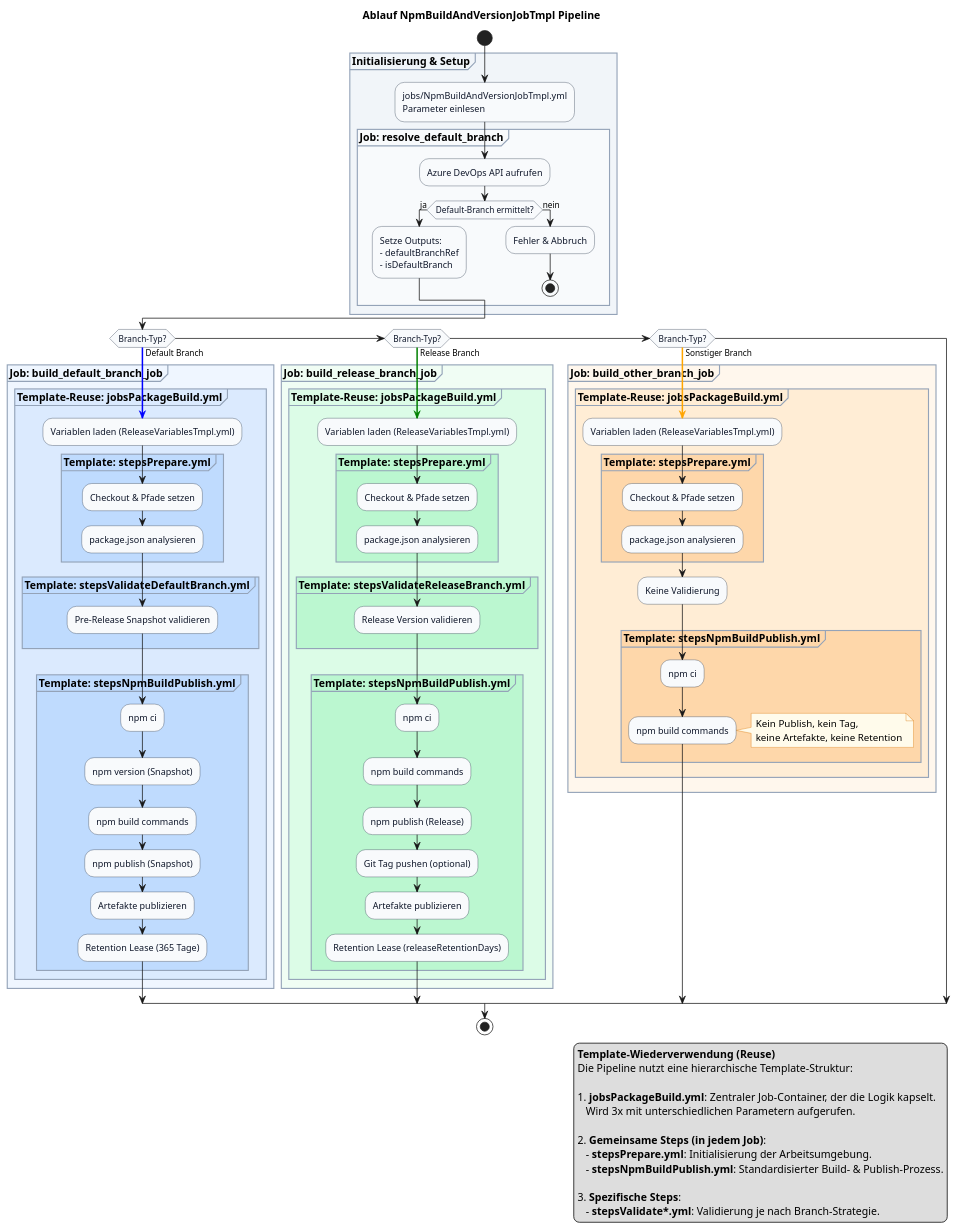
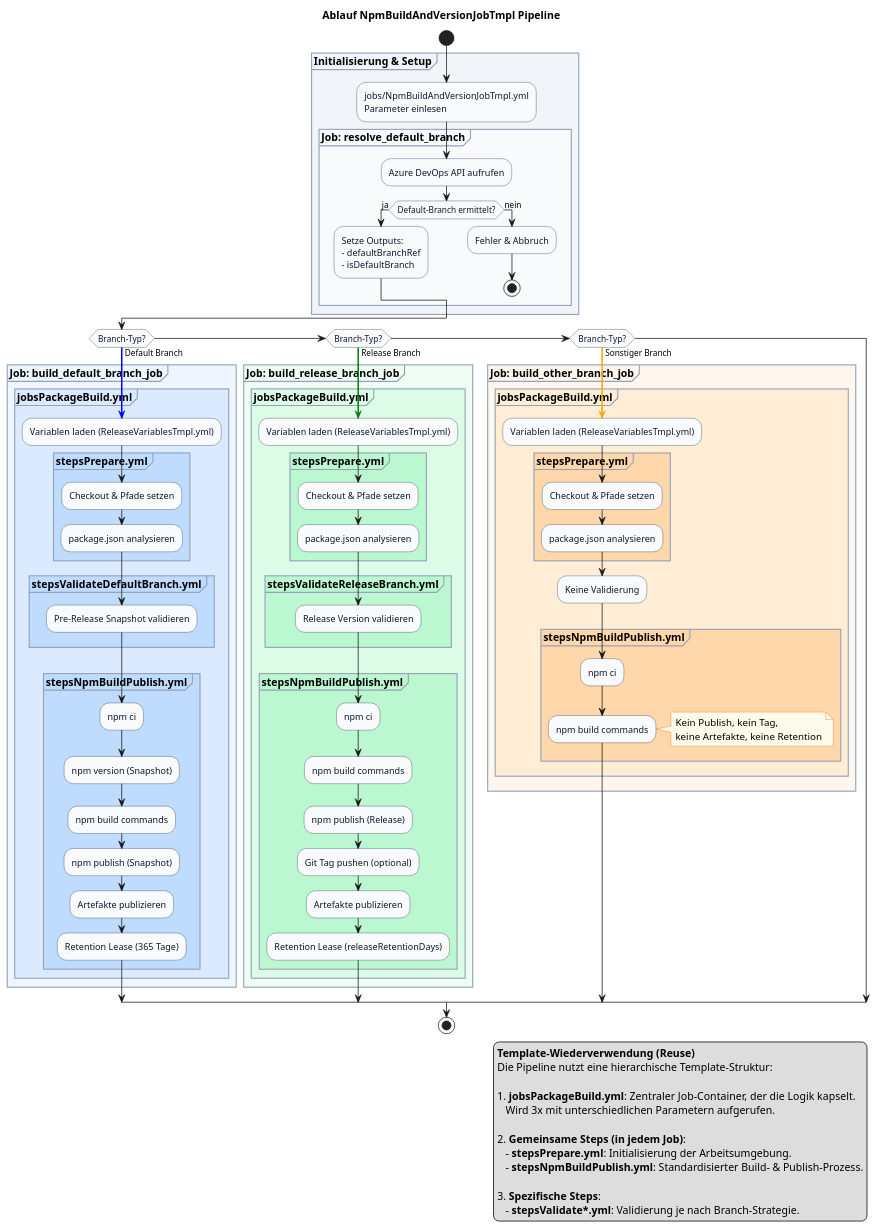
The diagram in jobs/NpmBuildAndVersionJobTmpl.puml (dirkgabler/dtplayground), drawn with PlantUML before and after one commit.

Commit message:
Refactor `NpmBuildAndVersionJobTmpl.puml`: simplify partition labels by removing "Template:" prefix for improved readability.

```diff
--- a/jobs/NpmBuildAndVersionJobTmpl.puml
+++ b/jobs/NpmBuildAndVersionJobTmpl.puml
@@ -1,126 +1,126 @@
 @startuml
 title Ablauf NpmBuildAndVersionJobTmpl Pipeline
 
 ' Konfiguration und Style für eine moderne Optik
 skinparam shadowing false
 skinparam ActivityBackgroundColor #F8FAFC
 skinparam ActivityBorderColor #334155
 skinparam ActivityFontColor #0F172A
 skinparam PartitionBackgroundColor #F1F5F9
 skinparam PartitionBorderColor #94A3B8
 skinparam NoteBackgroundColor #FFFBEB
 skinparam NoteBorderColor #D97706
 skinparam GroupBackgroundColor #FFFFFF
 skinparam GroupBorderColor #CBD5E1
 
 start
 
 partition "**Initialisierung & Setup**" {
     :jobs/NpmBuildAndVersionJobTmpl.yml\nParameter einlesen;
     
     partition "**Job: resolve_default_branch**" #F8FAFC {
         :Azure DevOps API aufrufen;
         if (Default-Branch ermittelt?) then (ja)
             :Setze Outputs:\n- defaultBranchRef\n- isDefaultBranch;
         else (nein)
             :Fehler & Abbruch;
             stop
         endif
     }
 }
 
 ' Verzweigung basierend auf Branch-Typ (entspricht den Job-Conditions in Azure DevOps)
 ' Alle drei Zweige nutzen die gleichen Basis-Templates
 if (Branch-Typ?) then (Default Branch)
     -[#blue,bold]->
     partition "**Job: build_default_branch_job**" #EFF6FF {
-        partition "**Template-Reuse: jobsPackageBuild.yml**" #DBEAFE {
+        partition "**jobsPackageBuild.yml**" #DBEAFE {
             :Variablen laden (ReleaseVariablesTmpl.yml);
             
-            partition "**Template: stepsPrepare.yml**" #BFDBFE {
+            partition "**stepsPrepare.yml**" #BFDBFE {
                 :Checkout & Pfade setzen;
                 :package.json analysieren;
             }
 
-            partition "**Template: stepsValidateDefaultBranch.yml**" #BFDBFE {
+            partition "**stepsValidateDefaultBranch.yml**" #BFDBFE {
                 :Pre-Release Snapshot validieren;
             }
 
-            partition "**Template: stepsNpmBuildPublish.yml**" #BFDBFE {
+            partition "**stepsNpmBuildPublish.yml**" #BFDBFE {
                 :npm ci;
                 :npm version (Snapshot);
                 :npm build commands;
                 :npm publish (Snapshot);
                 :Artefakte publizieren;
                 :Retention Lease (365 Tage);
             }
         }
     }
 elseif (Branch-Typ?) then (Release Branch)
     -[#green,bold]->
     partition "**Job: build_release_branch_job**" #F0FDF4 {
-        partition "**Template-Reuse: jobsPackageBuild.yml**" #DCFCE7 {
+        partition "**jobsPackageBuild.yml**" #DCFCE7 {
             :Variablen laden (ReleaseVariablesTmpl.yml);
             
-            partition "**Template: stepsPrepare.yml**" #BBF7D0 {
+            partition "**stepsPrepare.yml**" #BBF7D0 {
                 :Checkout & Pfade setzen;
                 :package.json analysieren;
             }
 
-            partition "**Template: stepsValidateReleaseBranch.yml**" #BBF7D0 {
+            partition "**stepsValidateReleaseBranch.yml**" #BBF7D0 {
                 :Release Version validieren;
             }
 
-            partition "**Template: stepsNpmBuildPublish.yml**" #BBF7D0 {
+            partition "**stepsNpmBuildPublish.yml**" #BBF7D0 {
                 :npm ci;
                 :npm build commands;
                 :npm publish (Release);
                 :Git Tag pushen (optional);
                 :Artefakte publizieren;
                 :Retention Lease (releaseRetentionDays);
             }
         }
     }
 elseif (Branch-Typ?) then (Sonstiger Branch)
     -[#orange,bold]->
     partition "**Job: build_other_branch_job**" #FFF7ED {
-        partition "**Template-Reuse: jobsPackageBuild.yml**" #FFEDD5 {
+        partition "**jobsPackageBuild.yml**" #FFEDD5 {
             :Variablen laden (ReleaseVariablesTmpl.yml);
             
-            partition "**Template: stepsPrepare.yml**" #FED7AA {
+            partition "**stepsPrepare.yml**" #FED7AA {
                 :Checkout & Pfade setzen;
                 :package.json analysieren;
             }
 
             :Keine Validierung;
 
-            partition "**Template: stepsNpmBuildPublish.yml**" #FED7AA {
+            partition "**stepsNpmBuildPublish.yml**" #FED7AA {
                 :npm ci;
                 :npm build commands;
                 note right
                     Kein Publish, kein Tag,
                     keine Artefakte, keine Retention
                 end note
             }
         }
     }
 endif
 
 stop
 
 legend right
     **Template-Wiederverwendung (Reuse)**
     Die Pipeline nutzt eine hierarchische Template-Struktur:
     
     1. **jobsPackageBuild.yml**: Zentraler Job-Container, der die Logik kapselt.
        Wird 3x mit unterschiedlichen Parametern aufgerufen.
     
     2. **Gemeinsame Steps (in jedem Job)**:
        - **stepsPrepare.yml**: Initialisierung der Arbeitsumgebung.
        - **stepsNpmBuildPublish.yml**: Standardisierter Build- & Publish-Prozess.
     
     3. **Spezifische Steps**:
        - **stepsValidate*.yml**: Validierung je nach Branch-Strategie.
 endlegend
 
 @enduml
```
